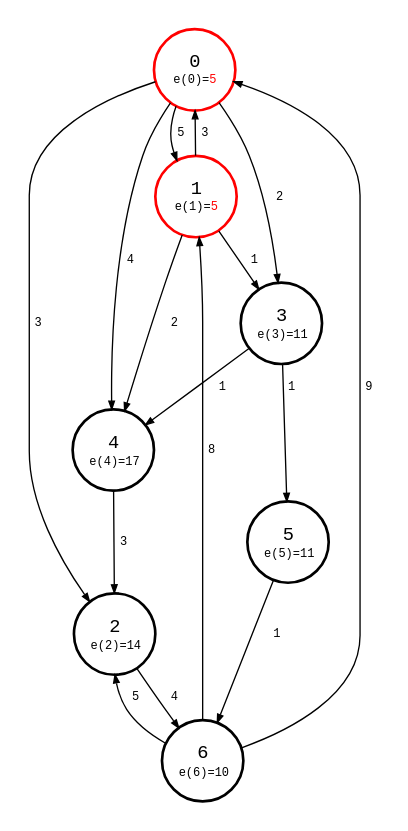
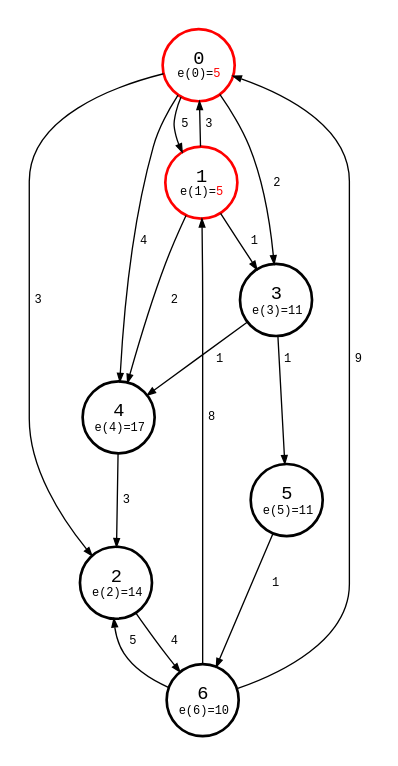
Before and after one commit to bsdrks/graaf-images: the diagram in src/distance_matrix_center_1-0.87.2.dot, drawn with Graphviz. The commit also changed 16 other files, not shown here.

```diff
--- a/src/distance_matrix_center_1-0.87.2.dot
+++ b/src/distance_matrix_center_1-0.87.2.dot
@@ -1,5 +1,5 @@
 digraph {
-    node [shape=circle, fontname="monospace", style=bold, fixedsize=true, width="0.85"];
+    node [shape=circle, fontname="monospace", style=bold, fixedsize=true, width="0.75"];
     edge [arrowsize=0.6, fontname="monospace", fontsize=9];
     // layout=neato;
     // scale=3.0;
@@ -11,7 +11,7 @@
 
     0 [
         label=<
-            <table border="0" cellpadding="1" cellspacing="0">
+            <table border="0" cellpadding="0" cellspacing="0">
                 <tr>
                     <td>0</td>
                 </tr>
@@ -26,7 +26,7 @@
 
     1 [
         label=<
-            <table border="0" cellpadding="1" cellspacing="0">
+            <table border="0" cellpadding="0" cellspacing="0">
                 <tr>
                     <td>1</td>
                 </tr>
@@ -41,7 +41,7 @@
 
     2 [
         label=<
-            <table border="0" cellpadding="1" cellspacing="0">
+            <table border="0" cellpadding="0" cellspacing="0">
                 <tr>
                     <td>2</td>
                 </tr>
@@ -54,7 +54,7 @@
 
     3 [
         label=<
-            <table border="0" cellpadding="1" cellspacing="0">
+            <table border="0" cellpadding="0" cellspacing="0">
                 <tr>
                     <td>3</td>
                 </tr>
@@ -67,7 +67,7 @@
 
     4 [
         label=<
-            <table border="0" cellpadding="1" cellspacing="0">
+            <table border="0" cellpadding="0" cellspacing="0">
                 <tr>
                     <td>4</td>
                 </tr>
@@ -80,7 +80,7 @@
 
     5 [
         label=<
-            <table border="0" cellpadding="1" cellspacing="0">
+            <table border="0" cellpadding="0" cellspacing="0">
                 <tr>
                     <td>5</td>
                 </tr>
@@ -93,7 +93,7 @@
 
     6 [
         label=<
-            <table border="0" cellpadding="1" cellspacing="0">
+            <table border="0" cellpadding="0" cellspacing="0">
                 <tr>
                     <td>6</td>
                 </tr>
```
